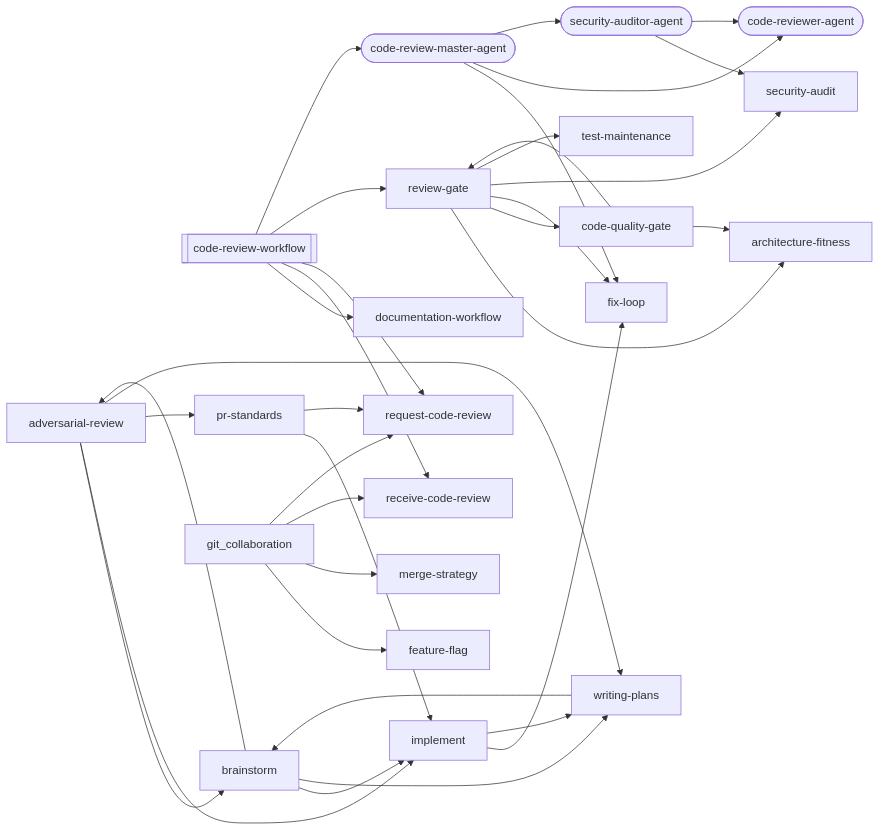
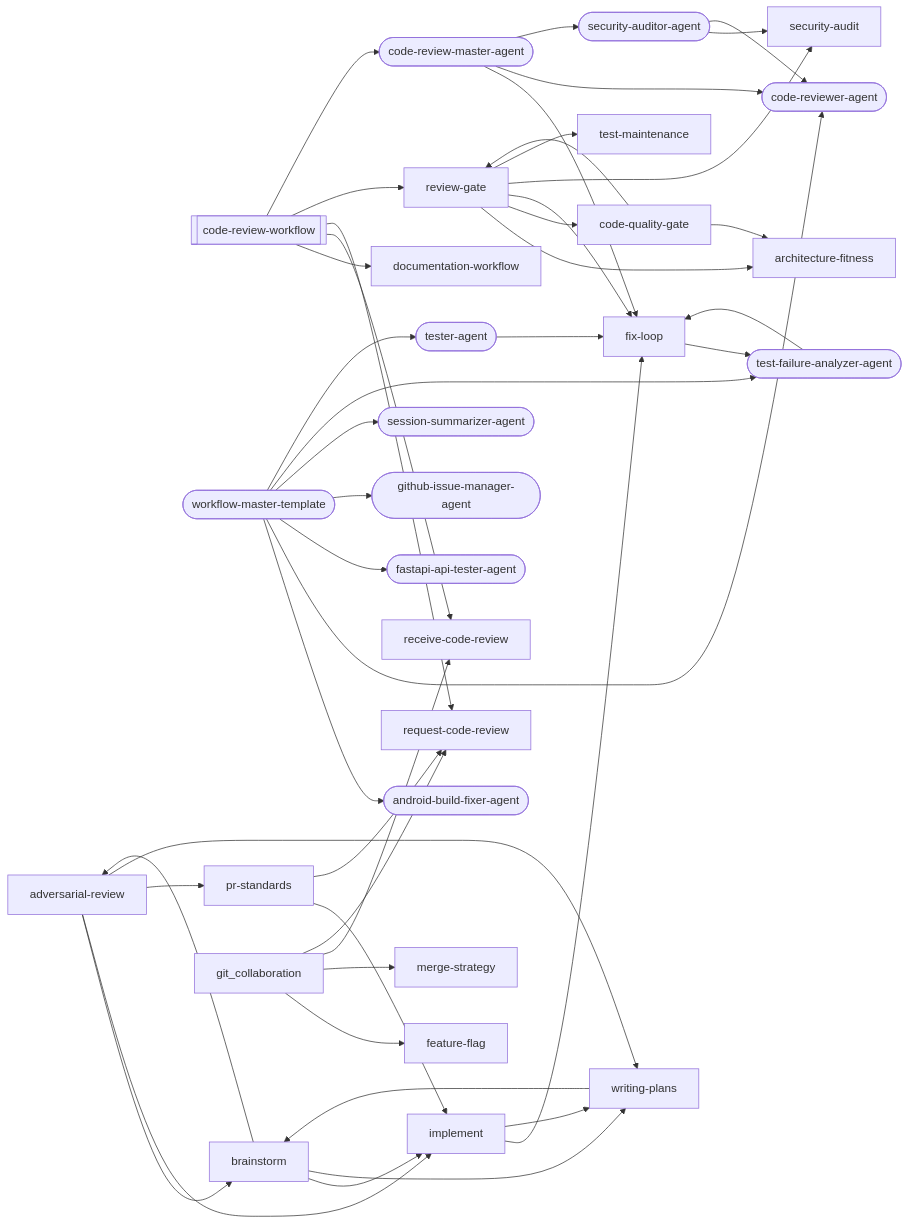
One commit to abhayla/claude-best-practices changed the third of 21 diagrams in docs/workflows/code-review.md. Above: the diagram before and after it, drawn with Mermaid. The commit also changed other lines of this file and 14 other files, not shown here.

````diff
--- a/docs/workflows/code-review.md
+++ b/docs/workflows/code-review.md
@@ -463,56 +480,73 @@
 ```mermaid
 graph LR
     code_review_workflow[["code-review-workflow"]]
+    workflow_master_template(["workflow-master-template"])
     adversarial_review["adversarial-review"]
+    android_build_fixer_agent(["android-build-fixer-agent"])
     architecture_fitness["architecture-fitness"]
     brainstorm["brainstorm"]
     code_quality_gate["code-quality-gate"]
     code_review_master_agent(["code-review-master-agent"])
     code_reviewer_agent(["code-reviewer-agent"])
     documentation_workflow["documentation-workflow"]
+    fastapi_api_tester_agent(["fastapi-api-tester-agent"])
     feature_flag["feature-flag"]
     fix_loop["fix-loop"]
+    github_issue_manager_agent(["github-issue-manager-agent"])
     implement["implement"]
     merge_strategy["merge-strategy"]
     pr_standards["pr-standards"]
     receive_code_review["receive-code-review"]
     request_code_review["request-code-review"]
     review_gate["review-gate"]
     security_audit["security-audit"]
     security_auditor_agent(["security-auditor-agent"])
+    session_summarizer_agent(["session-summarizer-agent"])
+    test_failure_analyzer_agent(["test-failure-analyzer-agent"])
     test_maintenance["test-maintenance"]
+    tester_agent(["tester-agent"])
     writing_plans["writing-plans"]
     adversarial_review --> brainstorm
     adversarial_review --> implement
     adversarial_review --> pr_standards
     adversarial_review --> writing_plans
     brainstorm --> adversarial_review
     brainstorm --> implement
     brainstorm --> writing_plans
     code_quality_gate --> architecture_fitness
     code_quality_gate --> review_gate
     code_review_workflow --> documentation_workflow
     code_review_workflow --> receive_code_review
     code_review_workflow --> request_code_review
     code_review_workflow --> review_gate
     code_review_workflow --> code_review_master_agent
+    fix_loop --> test_failure_analyzer_agent
     implement --> fix_loop
     implement --> writing_plans
     pr_standards --> implement
     pr_standards --> request_code_review
     review_gate --> architecture_fitness
     review_gate --> code_quality_gate
     review_gate --> fix_loop
     review_gate --> security_audit
     review_gate --> test_maintenance
     writing_plans --> brainstorm
     code_review_master_agent --> fix_loop
     code_review_master_agent --> code_reviewer_agent
     code_review_master_agent --> security_auditor_agent
     security_auditor_agent --> security_audit
     security_auditor_agent --> code_reviewer_agent
+    test_failure_analyzer_agent --> fix_loop
+    tester_agent --> fix_loop
+    workflow_master_template --> android_build_fixer_agent
+    workflow_master_template --> code_reviewer_agent
+    workflow_master_template --> fastapi_api_tester_agent
+    workflow_master_template --> github_issue_manager_agent
+    workflow_master_template --> session_summarizer_agent
+    workflow_master_template --> test_failure_analyzer_agent
+    workflow_master_template --> tester_agent
     git_collaboration --> feature_flag
     git_collaboration --> merge_strategy
     git_collaboration --> receive_code_review
     git_collaboration --> request_code_review
 ```
````
